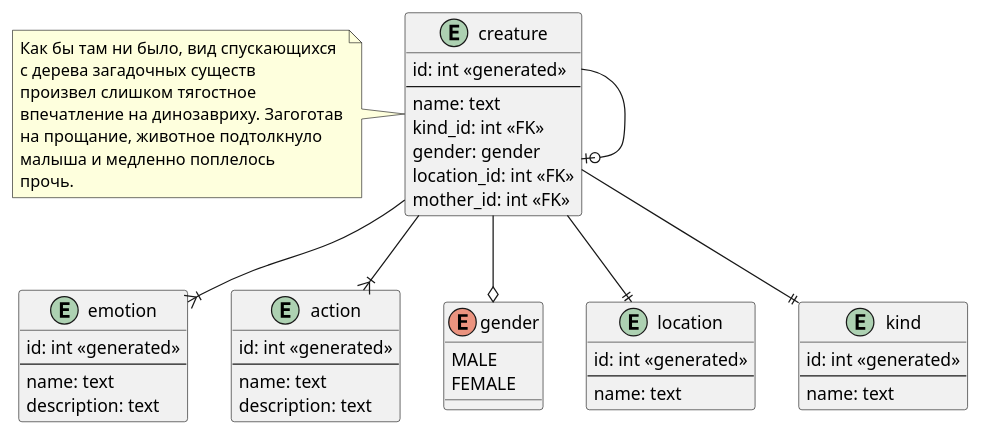
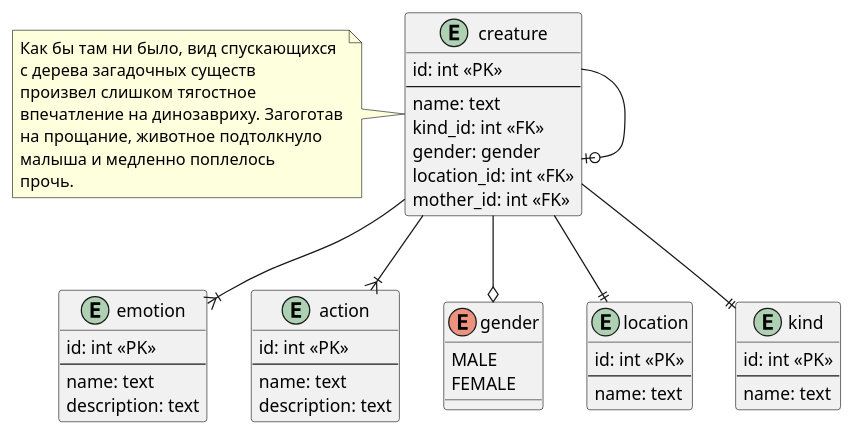
The diagram in doc/lab-1/entity.puml (vityaman-edu/db-labs-basic), drawn with PlantUML before and after one commit.

Commit message:
[lab][1][doc] renamed <<generated>> -> <<PK>>

```diff
--- a/doc/lab-1/entity.puml
+++ b/doc/lab-1/entity.puml
@@ -1,61 +1,61 @@
 @startuml Lab 1 Entity-Relation Diagram
 
 entity creature {
-    id: int <<generated>>
+    id: int <<PK>>
     --
     name: text
     kind_id: int <<FK>>
     gender: gender
     location_id: int <<FK>>
     mother_id: int <<FK>>
 }
 
 entity emotion {
-    id: int <<generated>>
+    id: int <<PK>>
     --
     name: text
     description: text
 }
 
 entity action {
-    id: int <<generated>>
+    id: int <<PK>>
     --
     name: text
     description: text
 }
 
 enum gender {
     MALE
     FEMALE
 }
 
 entity location {
-    id: int <<generated>>
+    id: int <<PK>>
     --
     name: text
 }
 
 entity kind {
-    id: int <<generated>>
+    id: int <<PK>>
     --
     name: text
 }
 
 creature --||kind
 creature --o gender
 creature --||location
 creature --|{ emotion
 creature --|{ action
 creature --o| creature
 
 note left of creature
   Как бы там ни было, вид спускающихся 
   с дерева загадочных существ
   произвел слишком тягостное 
   впечатление на динозавриху. Загоготав
   на прощание, животное подтолкнуло 
   малыша и медленно поплелось
   прочь. 
 end note
 
 @enduml
```
